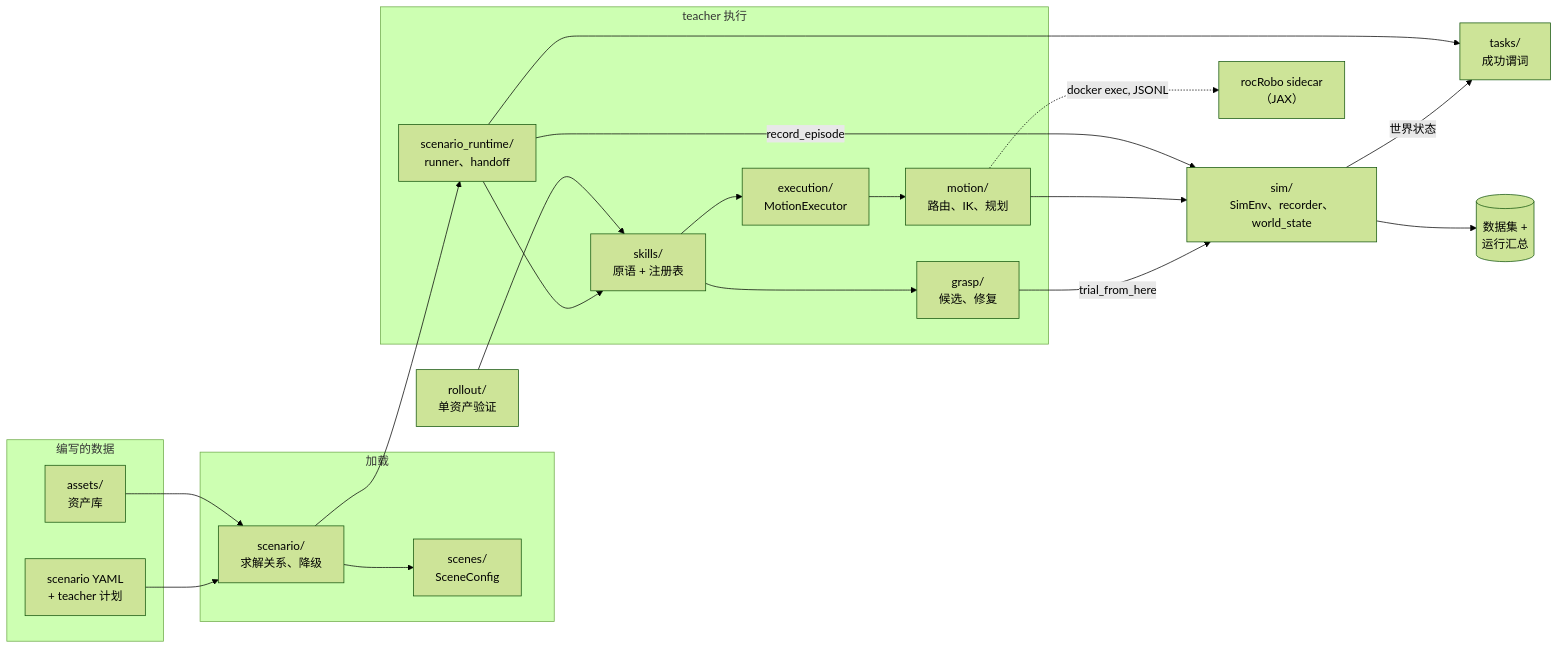
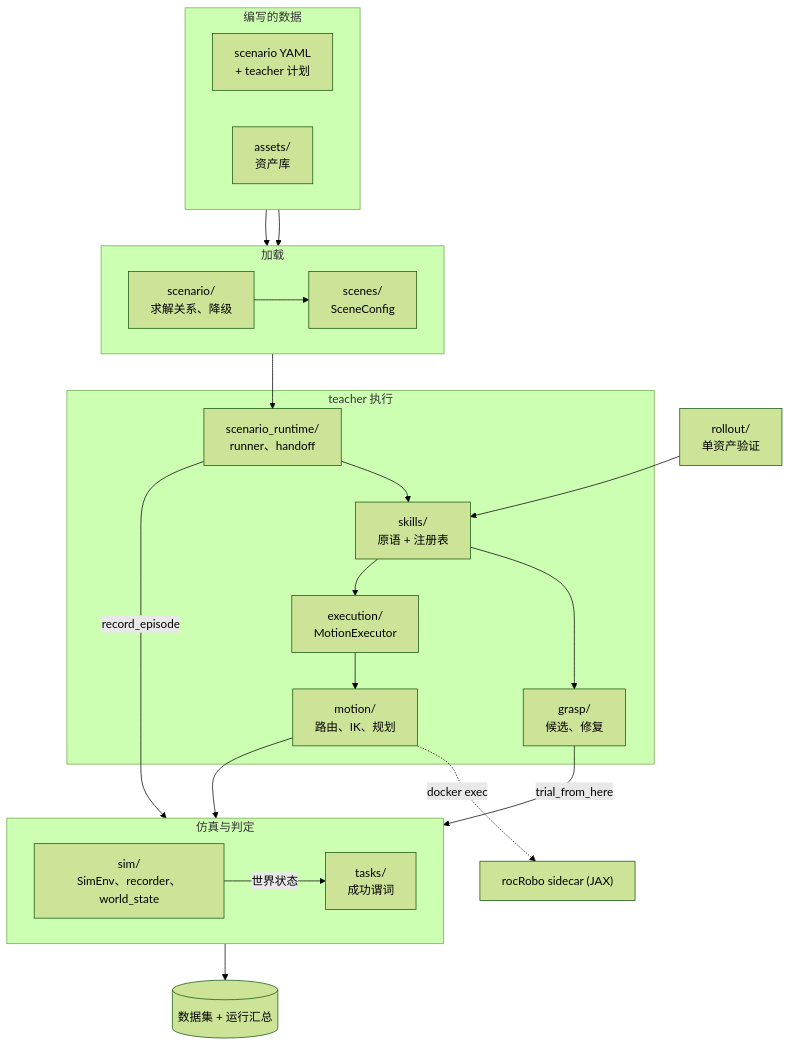
The second of 4 diagrams in docs/design-cn.md (ZJLi2013/RoboSmith), drawn with Mermaid (forest theme) before and after one commit. The commit also changed other lines of this file and 1 other file, not shown here.

Commit message:
docs(design): component view top-down and a six-lane episode sequence so both stay readable at page width

````diff
--- a/docs/design-cn.md
+++ b/docs/design-cn.md
@@ -58,40 +58,44 @@
 ```mermaid
-flowchart LR
+flowchart TD
     subgraph Data["编写的数据"]
+        direction LR
         YAML["scenario YAML<br/>+ teacher 计划"]
         LIB["assets/<br/>资产库"]
     end
     subgraph Load["加载"]
+        direction LR
         SC["scenario/<br/>求解关系、降级"]
         SCN["scenes/<br/>SceneConfig"]
     end
     subgraph Teacher["teacher 执行"]
         RT["scenario_runtime/<br/>runner、handoff"]
         SK["skills/<br/>原语 + 注册表"]
         GR["grasp/<br/>候选、修复"]
         EX["execution/<br/>MotionExecutor"]
         MO["motion/<br/>路由、IK、规划"]
     end
-    SIM["sim/<br/>SimEnv、recorder、world_state"]
-    TA["tasks/<br/>成功谓词"]
-    RR["rocRobo sidecar<br/>（JAX）"]
+    subgraph Sim["仿真与判定"]
+        direction LR
+        SIM["sim/<br/>SimEnv、recorder、world_state"]
+        TA["tasks/<br/>成功谓词"]
+    end
+    RR["rocRobo sidecar (JAX)"]
     RO["rollout/<br/>单资产验证"]
-    OUT[("数据集 +<br/>运行汇总")]
+    OUT[("数据集 + 运行汇总")]
 
     YAML --> SC
     LIB --> SC
     SC --> SCN
     SC --> RT
     RT --> SK
+    RO --> SK
     SK --> GR
     SK --> EX
     EX --> MO
-    MO -.->|docker exec, JSONL| RR
+    MO -.->|docker exec| RR
     GR -->|trial_from_here| SIM
     MO --> SIM
     RT -->|record_episode| SIM
     SIM -->|世界状态| TA
-    RT --> TA
     SIM --> OUT
-    RO --> SK
 ```
````
